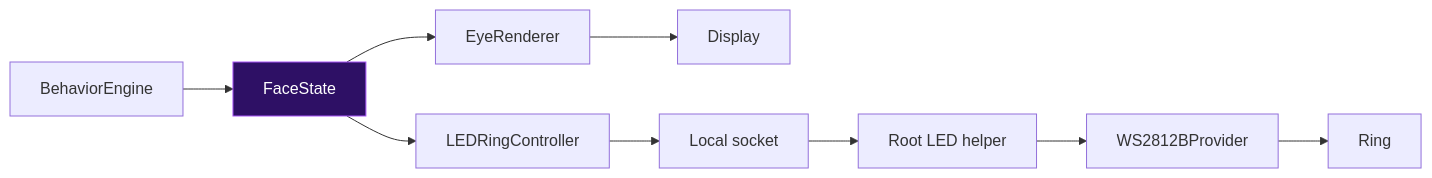
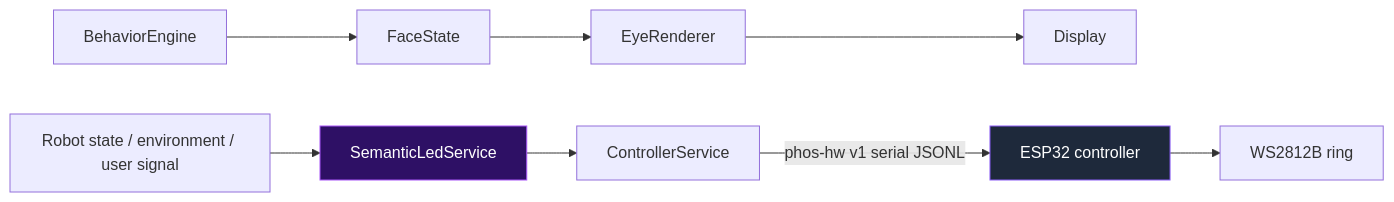
One commit to phosairobot/phos changed the seventh of 18 diagrams in docs/architecture.md. Above: the diagram before and after it, drawn with Mermaid. The commit also changed other lines of this file and 17 other files, not shown here.

Commit message:
docs: clarify that WS2812B LED ring connects to ESP32 controller rather than directly to Pi

````diff
--- a/docs/architecture.md
+++ b/docs/architecture.md
@@ -351,7 +350,10 @@
 ```mermaid
 flowchart LR
   behavior[BehaviorEngine] --> face[FaceState] --> eyes[EyeRenderer] --> display[Display]
-  face --> leds[LEDRingController] --> socket[Local socket] --> helper[Root LED helper]
-  helper --> provider[WS2812BProvider] --> ring[Ring]
-  style face fill:#2e1065,stroke:#a855f7,color:#fff
+  intent[Robot state / environment / user signal] --> arbiter[SemanticLedService]
+  arbiter --> controller[ControllerService]
+  controller -->|phos-hw v1 serial JSONL| esp[ESP32 controller]
+  esp --> ring[WS2812B ring]
+  style arbiter fill:#2e1065,stroke:#a855f7,color:#fff
+  style esp fill:#1e293b,stroke:#8b5cf6,color:#fff
 ```
````
